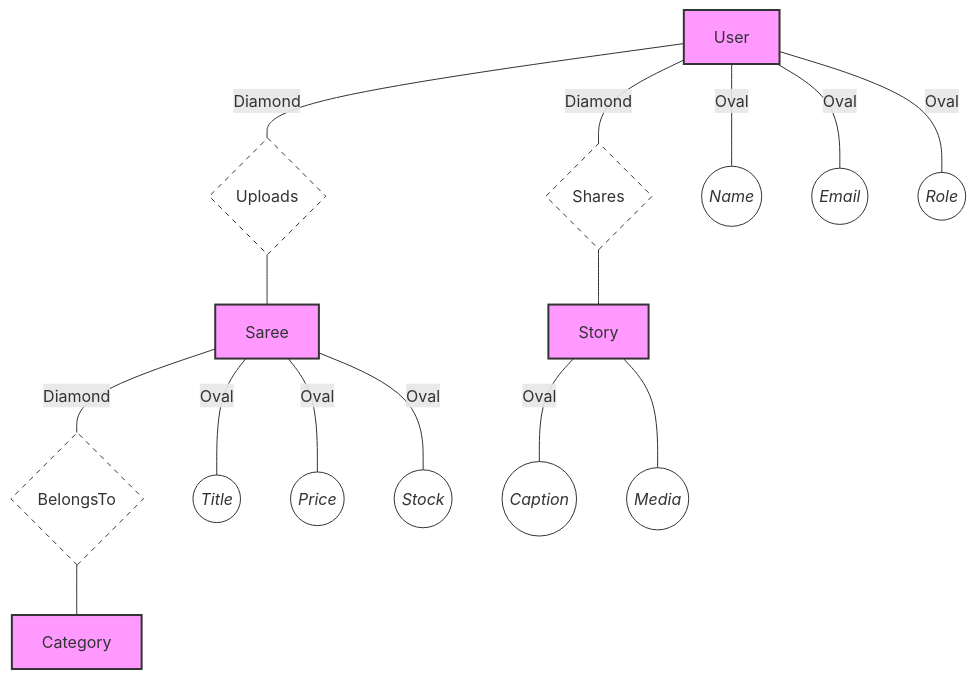
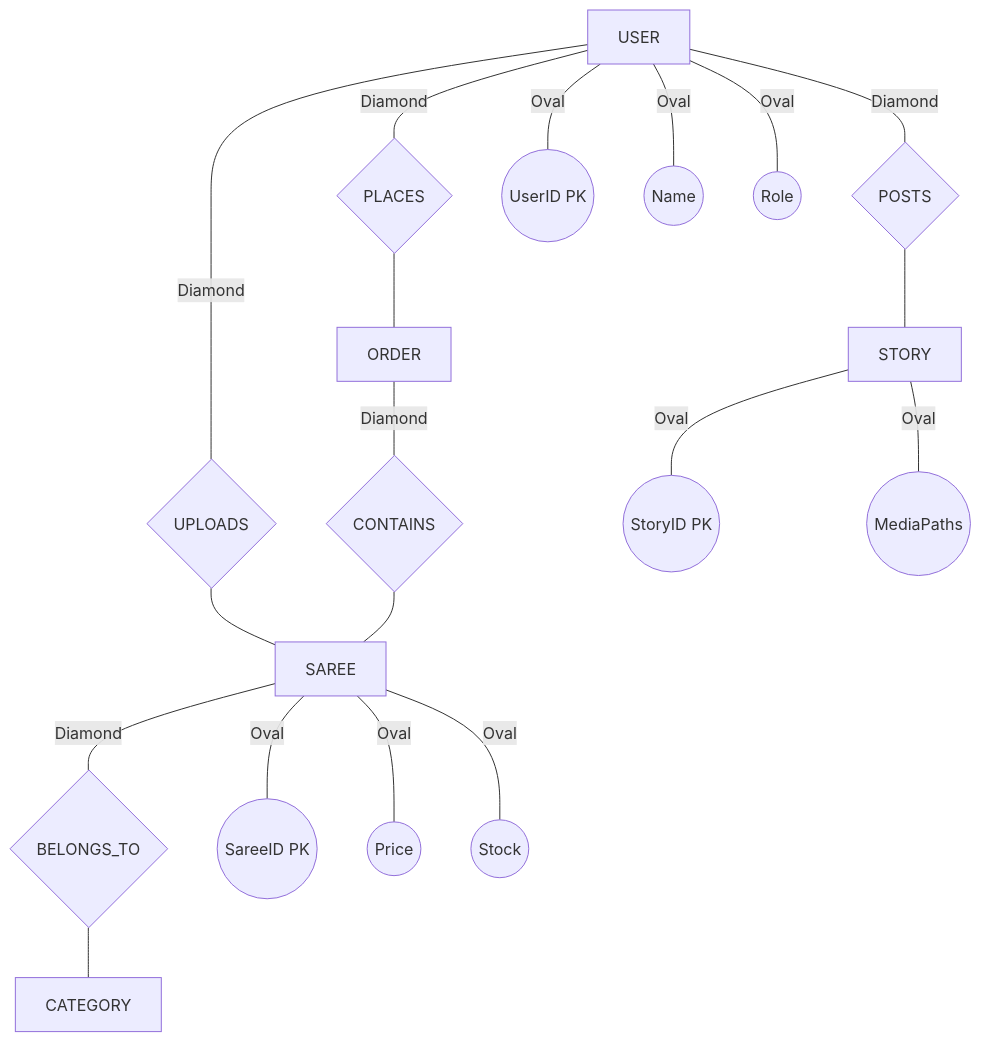
Before and after one commit to iBOYJAI/handloom-weavers-nexus: the fourth of 4 diagrams in COMPLETE_PROJECT_REPORT.md, drawn with Mermaid. The commit also changed other lines of this file and 1 other file, not shown here.

````diff
--- a/COMPLETE_PROJECT_REPORT.md
+++ b/COMPLETE_PROJECT_REPORT.md
@@ -117,38 +203,26 @@
 ```mermaid
 flowchart TD
     %% Entities
-    U[User]
-    S[Saree]
-    ST[Story]
-    C[Category]
+    U[USER]
+    S[SAREE]
+    ST[STORY]
+    C[CATEGORY]
+    O[ORDER]
 
     %% Relationships
-    U ---|Diamond| Rel1{Uploads}
-    Rel1 --- S
-    U ---|Diamond| Rel2{Shares}
-    Rel2 --- ST
-    S ---|Diamond| Rel3{BelongsTo}
-    Rel3 --- C
+    U ---|Diamond| Rel1{UPLOADS} --- S
+    U ---|Diamond| Rel2{POSTS} --- ST
+    S ---|Diamond| Rel3{BELONGS_TO} --- C
+    U ---|Diamond| Rel4{PLACES} --- O
+    O ---|Diamond| Rel5{CONTAINS} --- S
 
-    %% Attributes for User
-    U ---|Oval| Attr1((Name))
-    U ---|Oval| Attr2((Email))
-    U ---|Oval| Attr3((Role))
-
-    %% Attributes for Saree
-    S ---|Oval| Attr4((Title))
-    S ---|Oval| Attr5((Price))
-    S ---|Oval| Attr6((Stock))
-
-    %% Attributes for Story
-    ST ---|Oval| Attr7((Caption))
-    ST --- Attr8((Media))
-
-    classDef entity fill:#f9f,stroke:#333,stroke-width:2px;
-    classDef rel fill:#fff,stroke:#333,stroke-dasharray: 5 5;
-    classDef attr fill:#fff,stroke:#333,font-style:italic;
-
-    class U,S,ST,C entity;
-    class Rel1,Rel2,Rel3 rel;
-    class Attr1,Attr2,Attr3,Attr4,Attr5,Attr6,Attr7,Attr8 attr;
+    %% Attributes
+    U ---|Oval| UA1((UserID PK))
+    U ---|Oval| UA2((Name))
+    U ---|Oval| UA3((Role))
+    S ---|Oval| SA1((SareeID PK))
+    S ---|Oval| SA2((Price))
+    S ---|Oval| SA3((Stock))
+    ST ---|Oval| STA1((StoryID PK))
+    ST ---|Oval| STA2((MediaPaths))
 ```
````
